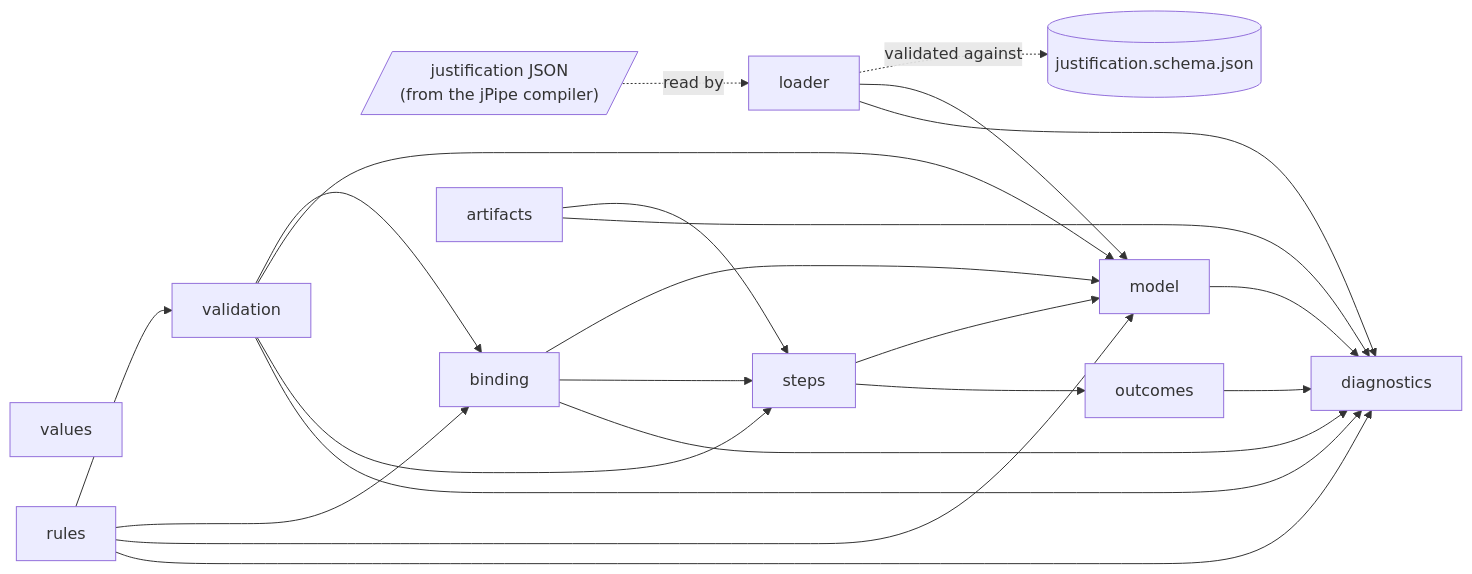
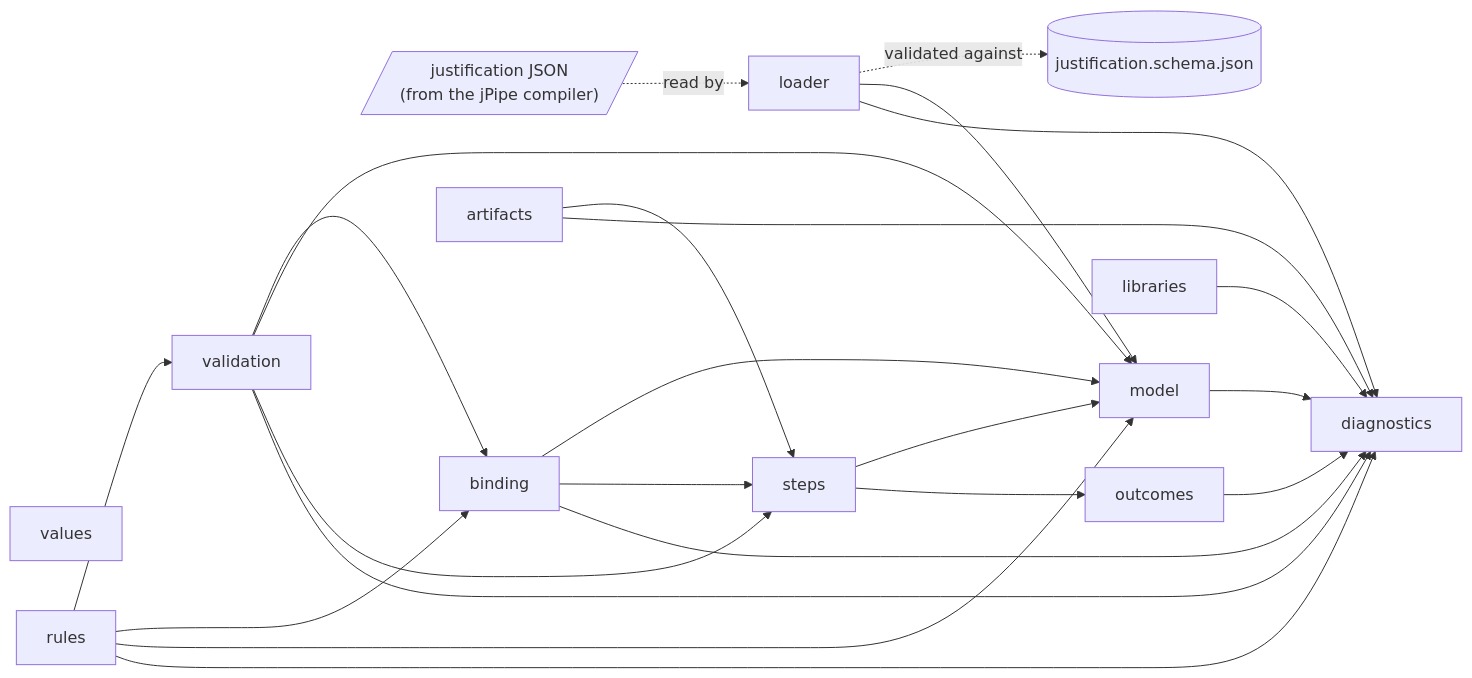
Before and after one commit to jpipe-mcscert/jpipe-runner: the first of 2 diagrams in docs/design.md, drawn with Mermaid. The commit also changed other lines of this file and 15 other files, not shown here.

````diff
--- a/docs/design.md
+++ b/docs/design.md
@@ -8,28 +8,29 @@
 ```mermaid
 flowchart LR
     json[/"justification JSON<br>(from the jPipe compiler)"/]
     schema[("justification.schema.json")]
 
     json -.->|read by| loader
     loader -.->|validated against| schema
     loader --> model
     loader --> diagnostics
     model --> diagnostics
     outcomes --> diagnostics
     steps --> model
     steps --> outcomes
     values[values]
     binding --> model
     binding --> steps
     binding --> diagnostics
     validation --> binding
     validation --> model
     validation --> steps
     validation --> diagnostics
     rules --> validation
     rules --> binding
     rules --> model
     rules --> diagnostics
     artifacts --> steps
     artifacts --> diagnostics
+    libraries --> diagnostics
 ```
````
